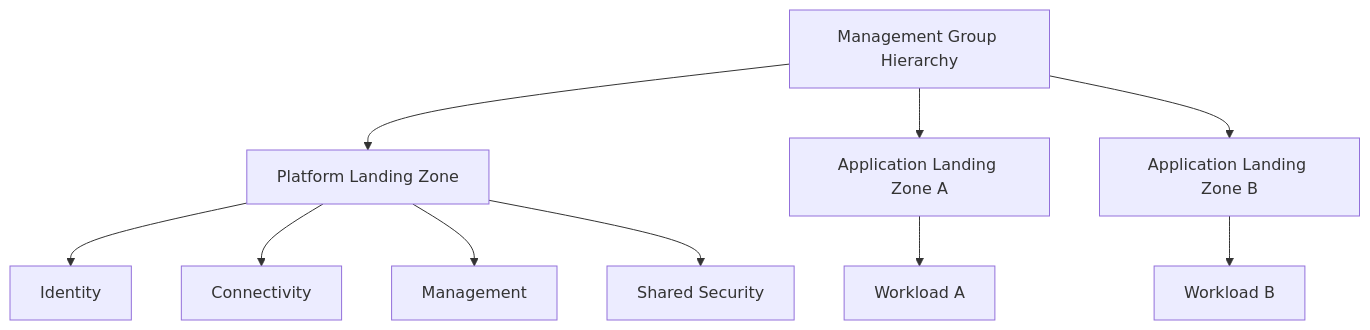
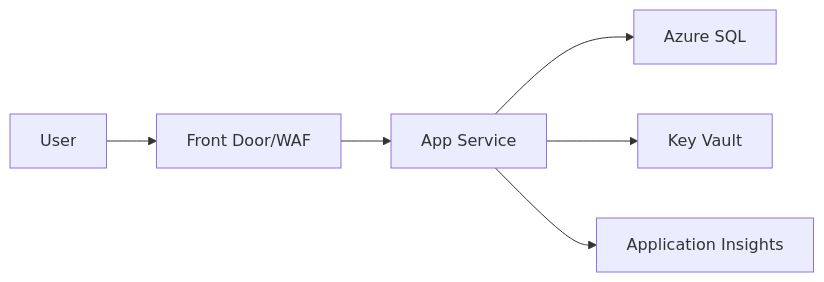
Before and after one commit to gcfernando/document: the second of 2 diagrams in azure_cheatsheet.md, drawn with Mermaid. The commit also changed other lines of this file and 1 other file, not shown here.

Commit message:
redesign Azure cheat sheets with clearer structure and navigation

````diff
--- a/azure_cheatsheet.md
+++ b/azure_cheatsheet.md
@@ -351,14 +839,8 @@
 ```mermaid
-flowchart TB
-    MG[Management Group Hierarchy] --> PLZ[Platform Landing Zone]
-    MG --> ALZ1[Application Landing Zone A]
-    MG --> ALZ2[Application Landing Zone B]
-
-    PLZ --> ID[Identity]
-    PLZ --> CON[Connectivity]
-    PLZ --> MGT[Management]
-    PLZ --> SEC[Shared Security]
-
-    ALZ1 --> APP1[Workload A]
-    ALZ2 --> APP2[Workload B]
+flowchart LR
+    U[User] --> FD[Front Door/WAF]
+    FD --> APP[App Service]
+    APP --> SQL[Azure SQL]
+    APP --> KV[Key Vault]
+    APP --> AI[Application Insights]
 ```
````
